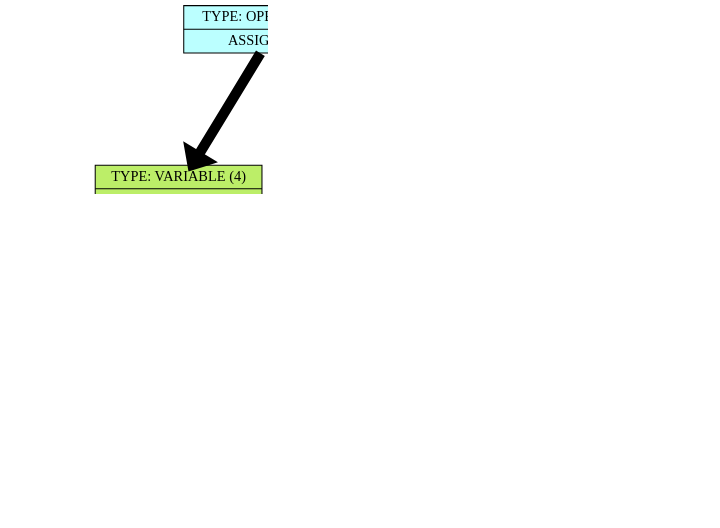
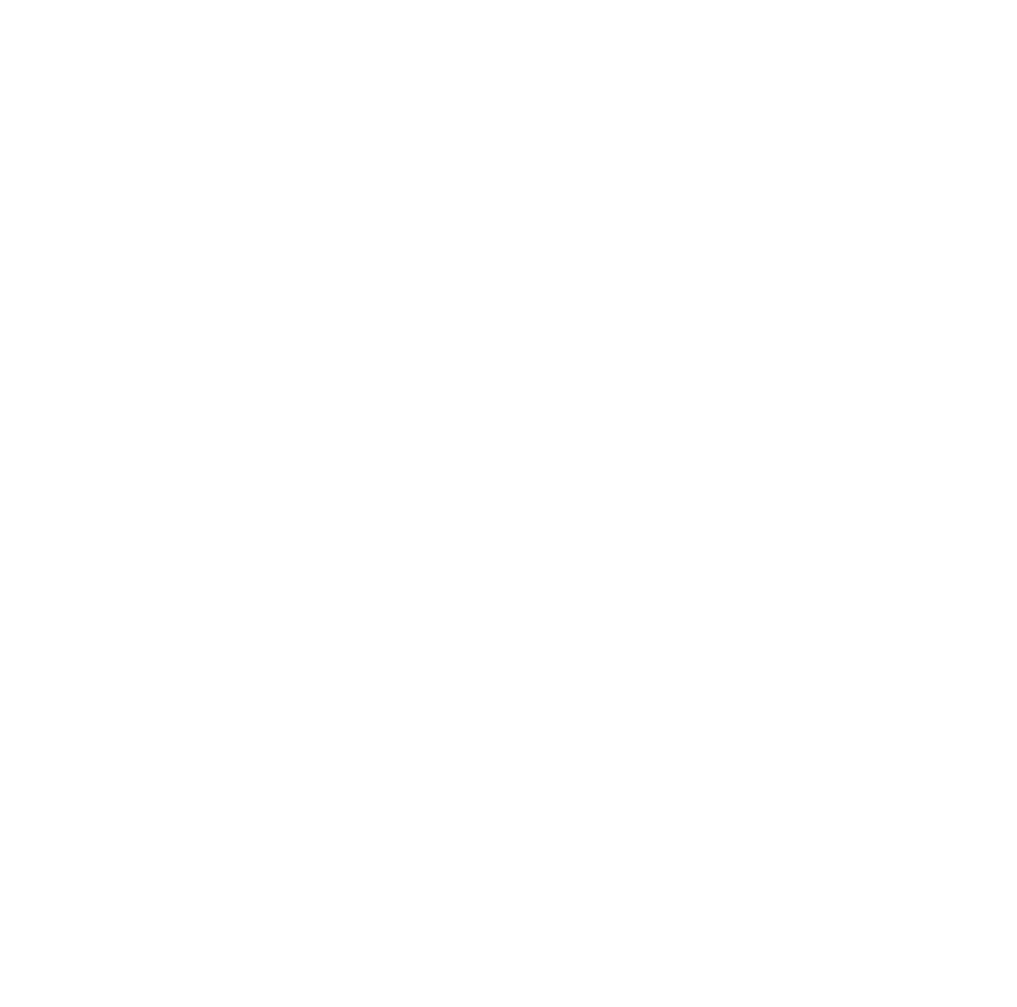
Before and after one commit to Troll0ton/Trollanguage: the diagram in frontend/dump/list_graph.dot, drawn with Graphviz. The commit also changed 78 other files, not shown here.

Commit message:
SEQUENCE WORKS (maybe)

```diff
--- a/frontend/dump/list_graph.dot
+++ b/frontend/dump/list_graph.dot
@@ -1,32 +1,62 @@
 digraph structs {    
 rankdir = TB;        
 graph [dpi = 200];   
 ranksep = 1.5;       
 edge[penwidth = 10]; 
 cell0 [style = filled, color = black, shape=record, 
+fillcolor = paleturquoise1, label = " { <ptr> TYPE: OPERATION (0) | SEQUENCE} " ];                         
+cell1 [style = filled, color = black, shape=record, 
+fillcolor = paleturquoise1, label = " { <ptr> TYPE: OPERATION (0) | SEQUENCE} " ];                         
+cell2 [style = filled, color = black, shape=record, 
+fillcolor = paleturquoise1, label = " { <ptr> TYPE: OPERATION (0) | SEQUENCE} " ];                         
+cell3 [style = filled, color = black, shape=record, 
 fillcolor = paleturquoise1, label = " { <ptr> TYPE: OPERATION (0) | ASSIGNMENT} " ];                         
-cell1 [style = filled, color = black, shape=record, 
+cell4 [style = filled, color = black, shape=record, 
 fillcolor = darkolivegreen2, label = " { <ptr> TYPE: VARIABLE (4) | x} " ];                         
-cell2 [style = filled, color = black, shape=record, 
+cell5 [style = filled, color = black, shape=record, 
 fillcolor = paleturquoise1, label = " { <ptr> TYPE: OPERATION (1) | -} " ];                         
-cell3 [style = filled, color = black, shape=record, 
+cell6 [style = filled, color = black, shape=record, 
 fillcolor = paleturquoise1, label = " { <ptr> TYPE: OPERATION (1) | +} " ];                         
-cell4 [style = filled, color = black, shape=record, 
+cell7 [style = filled, color = black, shape=record, 
 fillcolor = coral2, label = " { <ptr> TYPE: NUMERIC (4) | 300} " ];                         
-cell5 [style = filled, color = black, shape=record, 
+cell8 [style = filled, color = black, shape=record, 
 fillcolor = coral2, label = " { <ptr> TYPE: NUMERIC (4) | 100} " ];                         
-cell6 [style = filled, color = black, shape=record, 
+cell9 [style = filled, color = black, shape=record, 
 fillcolor = paleturquoise1, label = " { <ptr> TYPE: OPERATION (2) | *} " ];                         
-cell7 [style = filled, color = black, shape=record, 
+cell10 [style = filled, color = black, shape=record, 
 fillcolor = coral2, label = " { <ptr> TYPE: NUMERIC (4) | 889} " ];                         
-cell8 [style = filled, color = black, shape=record, 
+cell11 [style = filled, color = black, shape=record, 
 fillcolor = coral2, label = " { <ptr> TYPE: NUMERIC (4) | 877} " ];                         
+cell12 [style = filled, color = black, shape=record, 
+fillcolor = paleturquoise1, label = " { <ptr> TYPE: OPERATION (1) | -} " ];                         
+cell13 [style = filled, color = black, shape=record, 
+fillcolor = coral2, label = " { <ptr> TYPE: NUMERIC (4) | 676} " ];                         
+cell14 [style = filled, color = black, shape=record, 
+fillcolor = coral2, label = " { <ptr> TYPE: NUMERIC (4) | 97} " ];                         
+cell15 [style = filled, color = black, shape=record, 
+fillcolor = paleturquoise1, label = " { <ptr> TYPE: OPERATION (0) | ASSIGNMENT} " ];                         
+cell16 [style = filled, color = black, shape=record, 
+fillcolor = darkolivegreen2, label = " { <ptr> TYPE: VARIABLE (4) | y} " ];                         
+cell17 [style = filled, color = black, shape=record, 
+fillcolor = coral2, label = " { <ptr> TYPE: NUMERIC (4) | 566} " ];                         
+cell18 [style = filled, color = black, shape=record, 
+fillcolor = coral2, label = " { <ptr> TYPE: NUMERIC (4) | 98} " ];                         
 cell0 -> cell1;
-cell0 -> cell2;
+cell1 -> cell2;
 cell2 -> cell3;
 cell3 -> cell4;
 cell3 -> cell5;
-cell2 -> cell6;
+cell5 -> cell6;
 cell6 -> cell7;
 cell6 -> cell8;
+cell5 -> cell9;
+cell9 -> cell10;
+cell9 -> cell11;
+cell2 -> cell12;
+cell12 -> cell13;
+cell12 -> cell14;
+cell1 -> cell15;
+cell15 -> cell16;
+cell15 -> cell17;
+cell0 -> cell18;
 }
```
